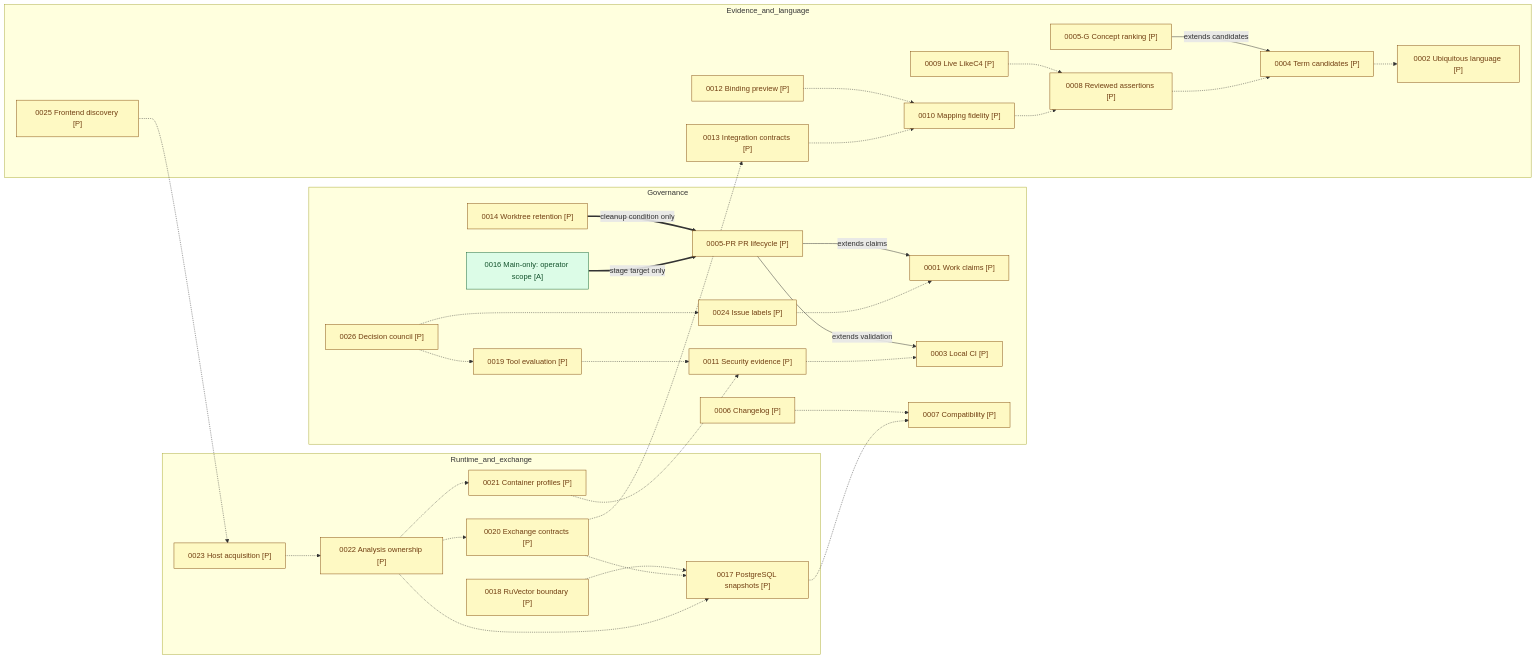
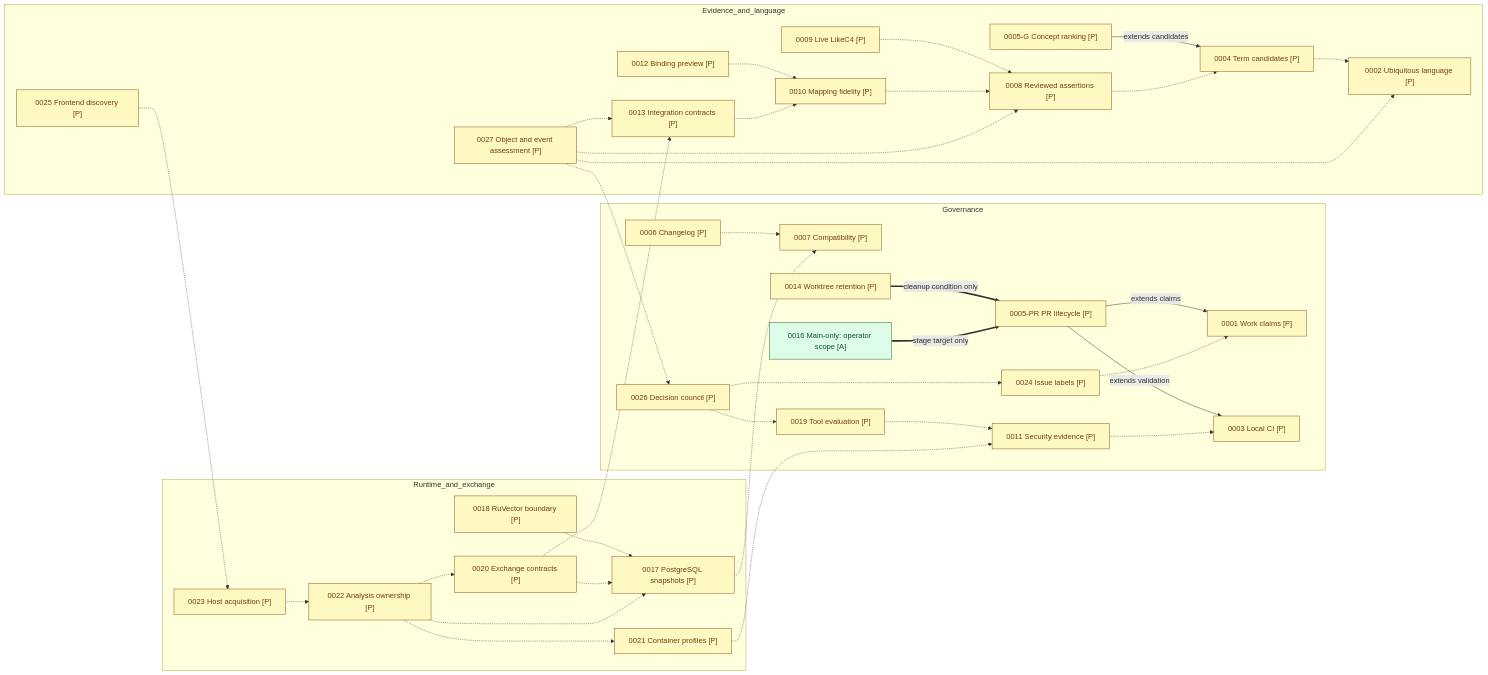
The diagram in docs/adr/README.md (Sonberg/capability-explorer), drawn with Mermaid before and after one commit. The commit also changed other lines of this file and 6 other files, not shown here.

````diff
--- a/docs/adr/README.md
+++ b/docs/adr/README.md
@@ -65,66 +66,71 @@
 ```mermaid
 flowchart LR
   subgraph Governance
     a01["0001 Work claims [P]"]:::proposed
     a03["0003 Local CI [P]"]:::proposed
     a05p["0005-PR PR lifecycle [P]"]:::proposed
     a06["0006 Changelog [P]"]:::proposed
     a07["0007 Compatibility [P]"]:::proposed
     a11["0011 Security evidence [P]"]:::proposed
     a14["0014 Worktree retention [P]"]:::proposed
     a16["0016 Main-only: operator scope [A]"]:::accepted
     a19["0019 Tool evaluation [P]"]:::proposed
     a24["0024 Issue labels [P]"]:::proposed
     a26["0026 Decision council [P]"]:::proposed
   end
   subgraph Evidence_and_language
     a02["0002 Ubiquitous language [P]"]:::proposed
     a04["0004 Term candidates [P]"]:::proposed
     a05g["0005-G Concept ranking [P]"]:::proposed
     a08["0008 Reviewed assertions [P]"]:::proposed
     a09["0009 Live LikeC4 [P]"]:::proposed
     a10["0010 Mapping fidelity [P]"]:::proposed
     a12["0012 Binding preview [P]"]:::proposed
     a13["0013 Integration contracts [P]"]:::proposed
     a25["0025 Frontend discovery [P]"]:::proposed
+    a27["0027 Object and event assessment [P]"]:::proposed
   end
   subgraph Runtime_and_exchange
     a17["0017 PostgreSQL snapshots [P]"]:::proposed
     a18["0018 RuVector boundary [P]"]:::proposed
     a20["0020 Exchange contracts [P]"]:::proposed
     a21["0021 Container profiles [P]"]:::proposed
     a22["0022 Analysis ownership [P]"]:::proposed
     a23["0023 Host acquisition [P]"]:::proposed
   end
   a05p -->|extends claims| a01
   a05p -->|extends validation| a03
   a14 ==>|cleanup condition only| a05p
   a16 ==>|stage target only| a05p
   a06 -.-> a07
   a11 -.-> a03
   a19 -.-> a11
   a24 -.-> a01
   a26 -.-> a19
   a26 -.-> a24
   a04 -.-> a02
   a05g -->|extends candidates| a04
   a08 -.-> a04
   a09 -.-> a08
   a10 -.-> a08
   a12 -.-> a10
   a13 -.-> a10
   a17 -.-> a07
   a18 -.-> a17
   a20 -.-> a13
   a20 -.-> a17
   a21 -.-> a11
   a22 -.-> a17
   a22 -.-> a20
   a22 -.-> a21
   a23 -.-> a22
   a25 -.-> a23
+  a27 -.-> a02
+  a27 -.-> a08
+  a27 -.-> a13
+  a27 -.-> a26
   classDef accepted fill:#dcfce7,stroke:#166534,color:#14532d
   classDef proposed fill:#fef9c3,stroke:#854d0e,color:#713f12
   classDef draft fill:#fee2e2,stroke:#991b1b,color:#7f1d1d
   classDef historical fill:#e5e7eb,stroke:#4b5563,color:#111827
 ```
````
